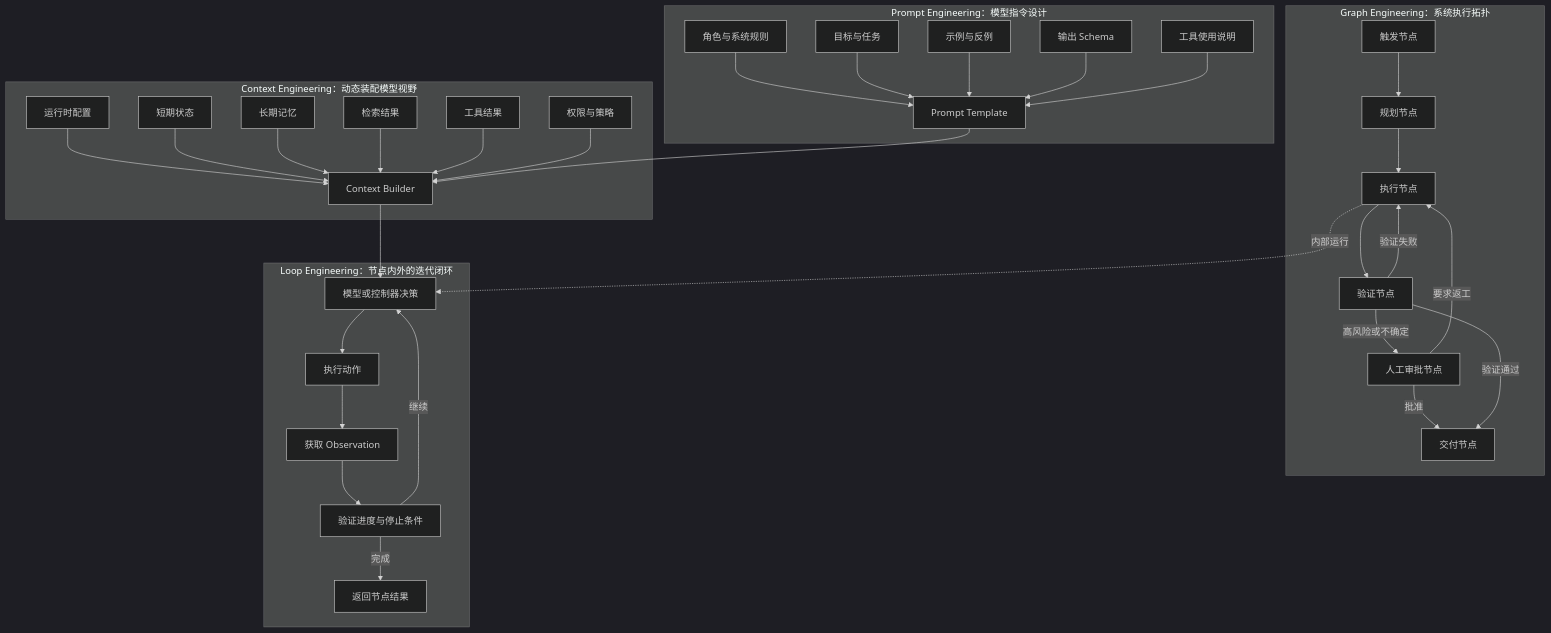
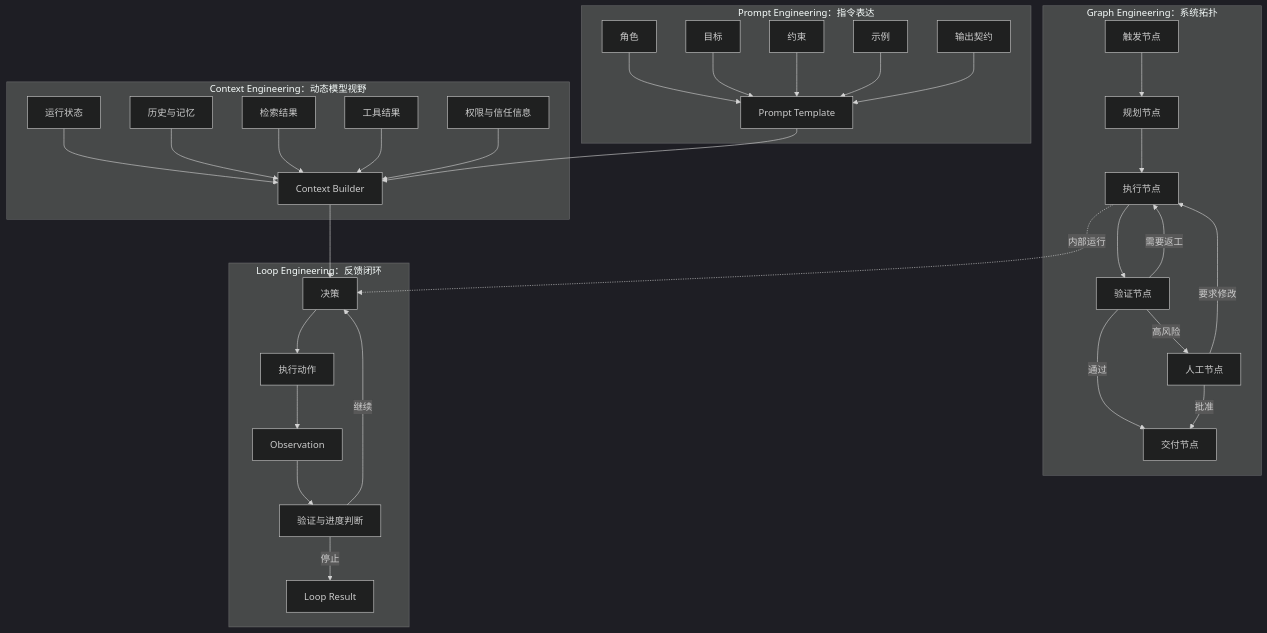
Before and after one commit to cdavid817/agent-book: the first of 11 diagrams in 附录/附录22-主流LoopEngineering系统全景.md, drawn with Mermaid (dark theme). The commit also changed other lines of this file, not shown here.

First line of the commit message:
docs(附录22): 覆盖为 Loop Engineering 结构优化终版（全文收录）

````diff
--- a/附录/附录22-主流LoopEngineering系统全景.md
+++ b/附录/附录22-主流LoopEngineering系统全景.md
@@ -122,69 +125,41 @@
 ```mermaid
 flowchart TB
-    subgraph GE["Graph Engineering：系统执行拓扑"]
-        Trigger["触发节点"]
-        Planner["规划节点"]
-        Worker["执行节点"]
-        Verifier["验证节点"]
-        Human["人工审批节点"]
-        Output["交付节点"]
-
-        Trigger --> Planner
-        Planner --> Worker
-        Worker --> Verifier
-        Verifier -->|"验证失败"| Worker
-        Verifier -->|"高风险或不确定"| Human
-        Human -->|"要求返工"| Worker
-        Human -->|"批准"| Output
-        Verifier -->|"验证通过"| Output
+    subgraph GE["Graph Engineering：系统拓扑"]
+        G1["触发节点"] --> G2["规划节点"]
+        G2 --> G3["执行节点"]
+        G3 --> G4["验证节点"]
+        G4 -->|"需要返工"| G3
+        G4 -->|"高风险"| G5["人工节点"]
+        G4 -->|"通过"| G6["交付节点"]
+        G5 -->|"批准"| G6
+        G5 -->|"要求修改"| G3
     end
 
-    subgraph LE["Loop Engineering：节点内外的迭代闭环"]
-        Decide["模型或控制器决策"]
-        Action["执行动作"]
-        Observe["获取 Observation"]
-        Check["验证进度与停止条件"]
-
-        Decide --> Action
-        Action --> Observe
-        Observe --> Check
-        Check -->|"继续"| Decide
-        Check -->|"完成"| NodeResult["返回节点结果"]
+    subgraph LE["Loop Engineering：反馈闭环"]
+        L1["决策"] --> L2["执行动作"]
+        L2 --> L3["Observation"]
+        L3 --> L4["验证与进度判断"]
+        L4 -->|"继续"| L1
+        L4 -->|"停止"| L5["Loop Result"]
     end
 
-    subgraph CE["Context Engineering：动态装配模型视野"]
-        RuntimeContext["运行时配置"]
-        ShortMemory["短期状态"]
-        LongMemory["长期记忆"]
-        Retrieval["检索结果"]
-        ToolResult["工具结果"]
-        Policy["权限与策略"]
-        ContextBuilder["Context Builder"]
-
-        RuntimeContext --> ContextBuilder
-        ShortMemory --> ContextBuilder
-        LongMemory --> ContextBuilder
-        Retrieval --> ContextBuilder
-        ToolResult --> ContextBuilder
-        Policy --> ContextBuilder
+    subgraph CE["Context Engineering：动态模型视野"]
+        C1["运行状态"] --> C6["Context Builder"]
+        C2["历史与记忆"] --> C6
+        C3["检索结果"] --> C6
+        C4["工具结果"] --> C6
+        C5["权限与信任信息"] --> C6
     end
 
-    subgraph PE["Prompt Engineering：模型指令设计"]
-        SystemPrompt["角色与系统规则"]
-        TaskPrompt["目标与任务"]
-        Examples["示例与反例"]
-        Schema["输出 Schema"]
-        ToolGuide["工具使用说明"]
-        PromptTemplate["Prompt Template"]
-
-        SystemPrompt --> PromptTemplate
-        TaskPrompt --> PromptTemplate
-        Examples --> PromptTemplate
-        Schema --> PromptTemplate
-        ToolGuide --> PromptTemplate
+    subgraph PE["Prompt Engineering：指令表达"]
+        P1["角色"] --> P6["Prompt Template"]
+        P2["目标"] --> P6
+        P3["约束"] --> P6
+        P4["示例"] --> P6
+        P5["输出契约"] --> P6
     end
 
-    Worker -. "内部运行" .-> Decide
-    ContextBuilder --> Decide
-    PromptTemplate --> ContextBuilder
+    G3 -. "内部运行" .-> L1
+    P6 --> C6
+    C6 --> L1
 ```
````
